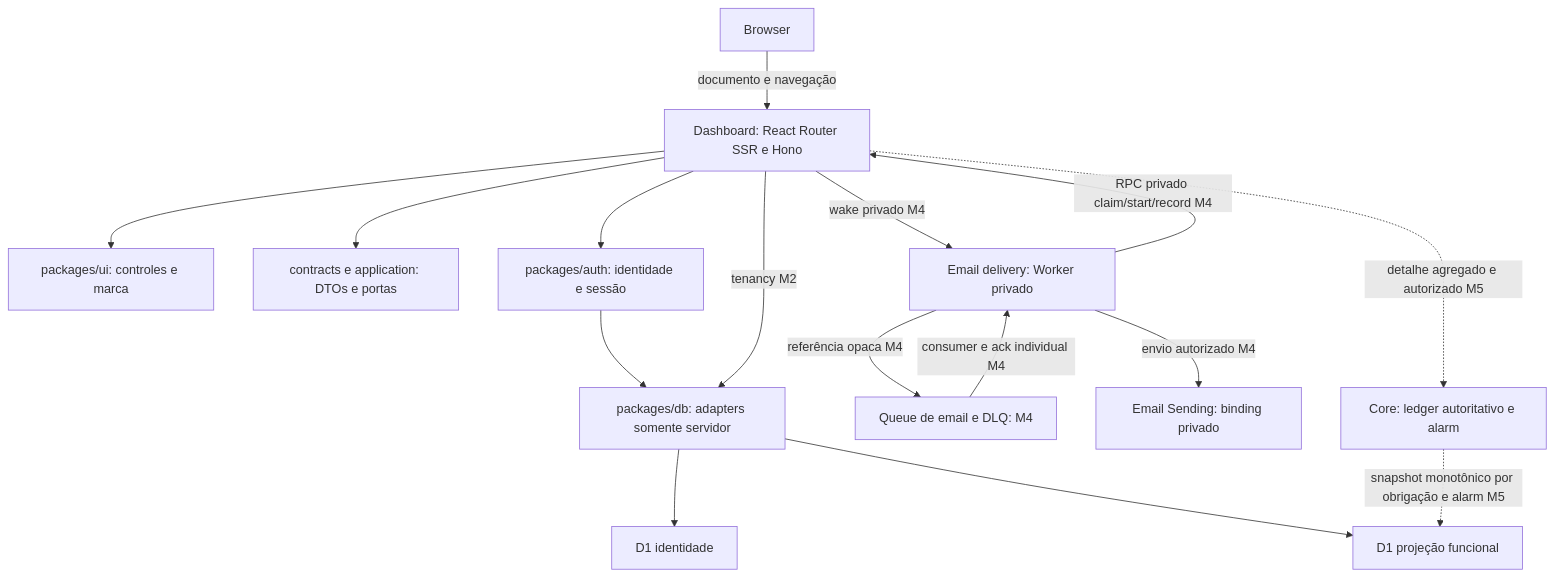
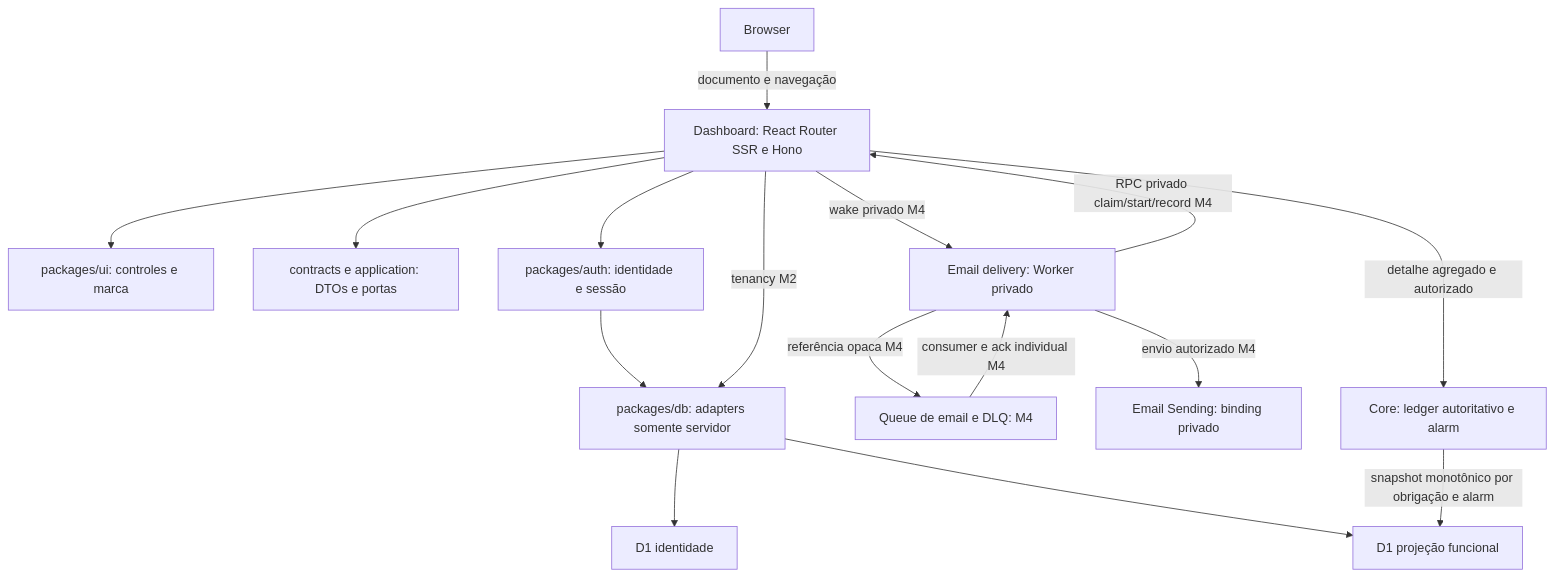
One commit to ThiagoCrepequer/holon changed the diagram in docs/architecture/user-dashboard.md. Above: the diagram before and after it, drawn with Mermaid. The commit also changed other lines of this file and 79 other files, not shown here.

````diff
--- a/docs/architecture/user-dashboard.md
+++ b/docs/architecture/user-dashboard.md
@@ -41,30 +41,30 @@
 ```mermaid
 flowchart TD
   B[Browser]
   D[Dashboard: React Router SSR e Hono]
   U[packages/ui: controles e marca]
   C[contracts e application: DTOs e portas]
   DB[packages/db: adapters somente servidor]
   A[packages/auth: identidade e sessão]
   I[D1 identidade]
   P[D1 projeção funcional]
   E[Email delivery: Worker privado]
   Q[Queue de email e DLQ: M4]
   S[Email Sending: binding privado]
   L[Core: ledger autoritativo e alarm]
   B -->|documento e navegação| D
   D --> U
   D --> C
   D --> A
   A --> DB
   D -->|tenancy M2| DB
   DB --> I
   DB --> P
   D -->|wake privado M4| E
   E -->|referência opaca M4| Q
   Q -->|consumer e ack individual M4| E
   E -->|RPC privado claim/start/record M4| D
   E -->|envio autorizado M4| S
-  L -. snapshot monotônico por obrigação e alarm M5 .-> P
-  D -. detalhe agregado e autorizado M5 .-> L
+  L -->|snapshot monotônico por obrigação e alarm| P
+  D -->|detalhe agregado e autorizado| L
 ```
````
